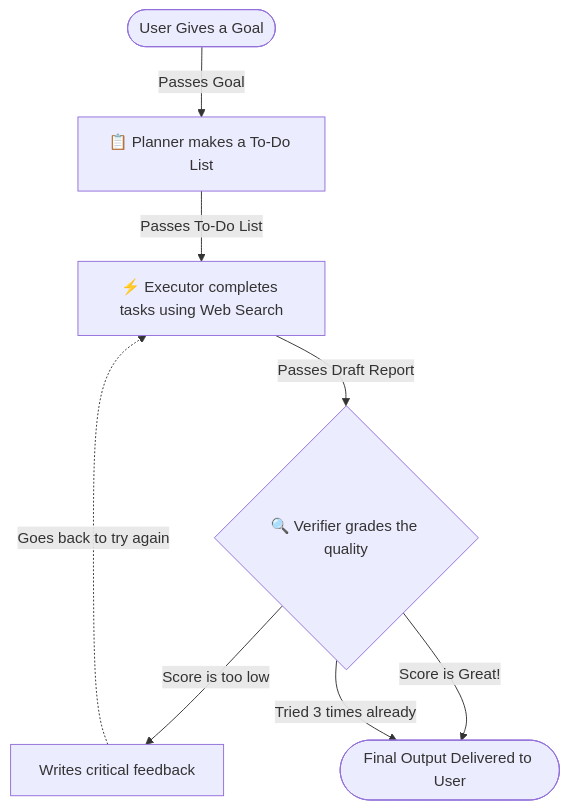
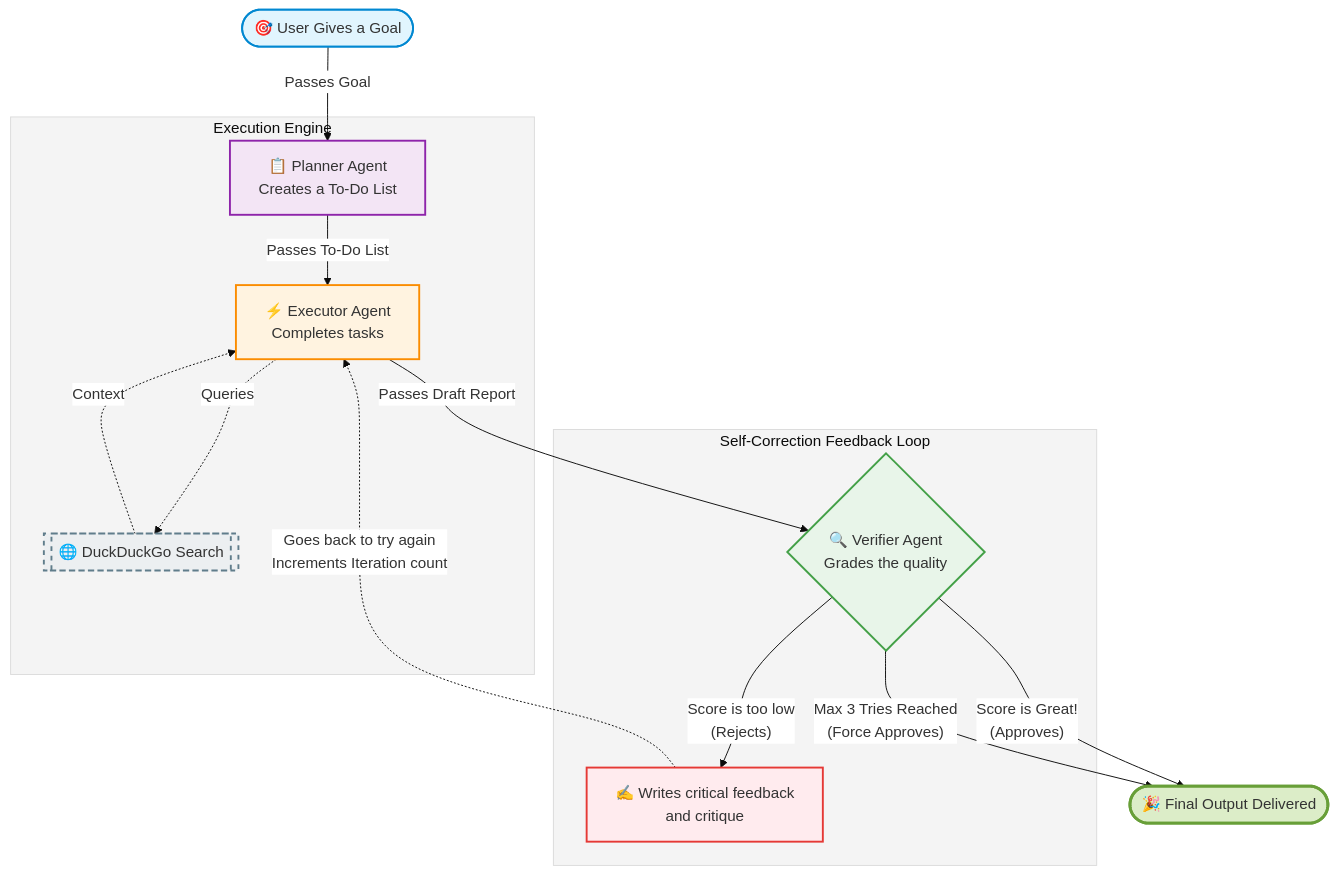
Before and after one commit to ayush300302/Agentaflow: the diagram in HLD.md, drawn with Mermaid. The commit also changed 1 other file, not shown here.

Commit message:
Enhanced mermaid diagrams

````diff
--- a/HLD.md
+++ b/HLD.md
@@ -38,14 +38,29 @@
 ```mermaid
+%%{init: {'theme': 'base', 'themeVariables': { 'primaryColor': '#326CE5', 'edgeLabelBackground':'#ffffff', 'tertiaryColor': '#f4f4f4'}}}%%
 flowchart TD
-    A([User Gives a Goal]) -->|Passes Goal| B[📋 Planner makes a To-Do List]
+    classDef mainGoal fill:#e1f5fe,stroke:#0288d1,stroke-width:2px;
+    classDef planner fill:#f3e5f5,stroke:#8e24aa,stroke-width:2px;
+    classDef executor fill:#fff3e0,stroke:#fb8c00,stroke-width:2px;
+    classDef verifier fill:#e8f5e9,stroke:#43a047,stroke-width:2px;
+    classDef tool fill:#eceff1,stroke:#607d8b,stroke-width:2px,stroke-dasharray: 5 5;
+    classDef loop fill:#ffebee,stroke:#e53935,stroke-width:2px;
+    classDef final fill:#dcedc8,stroke:#689f38,stroke-width:3px;
+
+    A([🎯 User Gives a Goal]):::mainGoal -->|Passes Goal| B[📋 Planner Agent<br>Creates a To-Do List]:::planner
     
-    B -->|Passes To-Do List| C[⚡ Executor completes tasks using Web Search]
+    subgraph Execution Engine
+        B -->|Passes To-Do List| C[⚡ Executor Agent<br>Completes tasks]:::executor
+        C -.-> |Queries| DDG[[🌐 DuckDuckGo Search]]:::tool
+        DDG -.-> |Context| C
+    end
     
-    C -->|Passes Draft Report| D{🔍 Verifier grades the quality}
+    C -->|Passes Draft Report| D{🔍 Verifier Agent<br>Grades the quality}:::verifier
     
-    D -- "Score is too low" --> E[Writes critical feedback]
-    E -. "Goes back to try again" .-> C
+    subgraph Self-Correction Feedback Loop
+        D -- "Score is too low<br>(Rejects)" --> E[✍️ Writes critical feedback<br>and critique]:::loop
+        E -. "Goes back to try again<br>Increments Iteration count" .-> C
+    end
     
-    D -- "Score is Great!" --> F([Final Output Delivered to User])
-    D -- "Tried 3 times already" --> F
+    D -- "Score is Great!<br>(Approves)" --> F([🎉 Final Output Delivered]):::final
+    D -- "Max 3 Tries Reached<br>(Force Approves)" --> F
 ```
````
